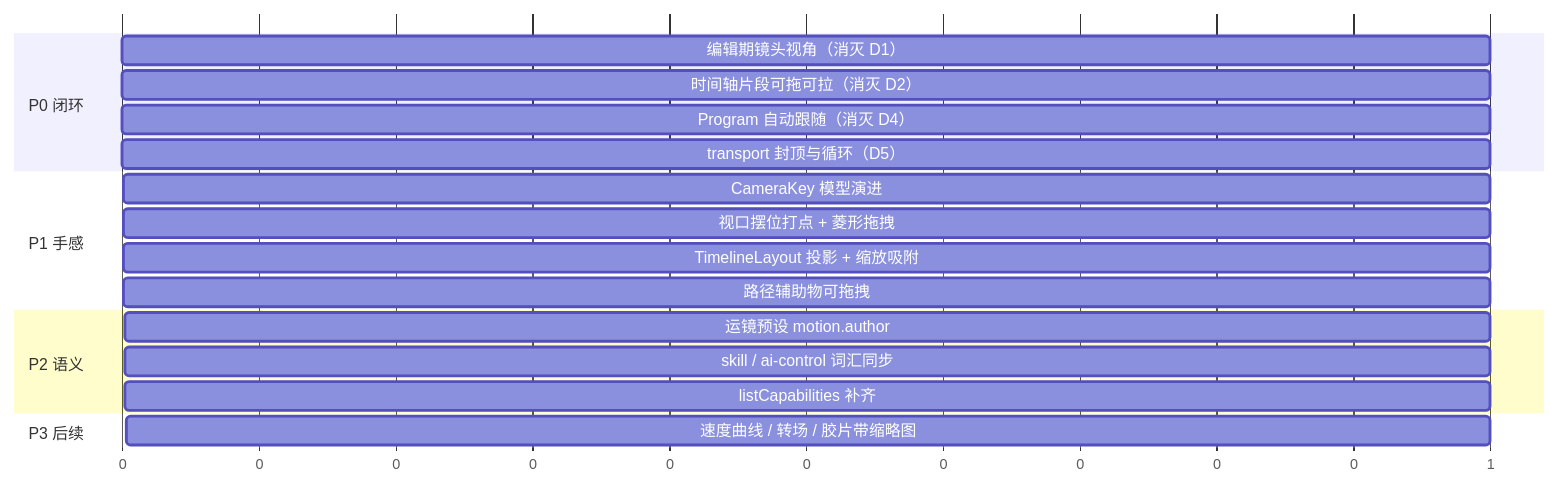
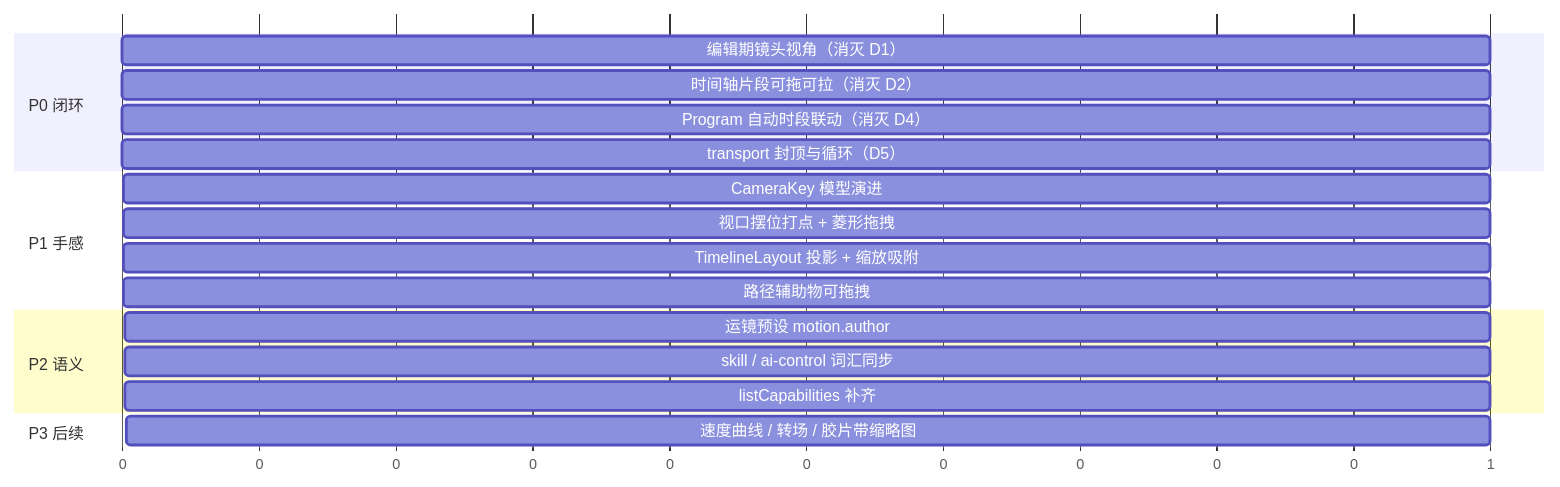
Before and after one commit to amwyygyuge/3d-director-desk: the sixth of 6 diagrams in docs/camera-motion-authoring.md, drawn with Mermaid. The commit also changed other lines of this file and 5 other files, not shown here.

````diff
--- a/docs/camera-motion-authoring.md
+++ b/docs/camera-motion-authoring.md
@@ -551,21 +560,21 @@
 ```mermaid
 gantt
     dateFormat X
     axisFormat %s
     section P0 闭环
     编辑期镜头视角（消灭 D1）      :p0a, 0, 1
     时间轴片段可拖可拉（消灭 D2）  :p0b, 0, 1
-    Program 自动跟随（消灭 D4）    :p0c, 0, 1
+    Program 自动时段联动（消灭 D4）  :p0c, 0, 1
     transport 封顶与循环（D5）     :p0d, 0, 1
     section P1 手感
     CameraKey 模型演进            :p1a, 1, 1
     视口摆位打点 + 菱形拖拽        :p1b, 1, 1
     TimelineLayout 投影 + 缩放吸附 :p1c, 1, 1
     路径辅助物可拖拽              :p1d, 1, 1
     section P2 语义
     运镜预设 motion.author        :p2a, 2, 1
     skill / ai-control 词汇同步   :p2b, 2, 1
     listCapabilities 补齐         :p2c, 2, 1
     section P3 后续
     速度曲线 / 转场 / 胶片带缩略图 :p3a, 3, 1
 ```
````
